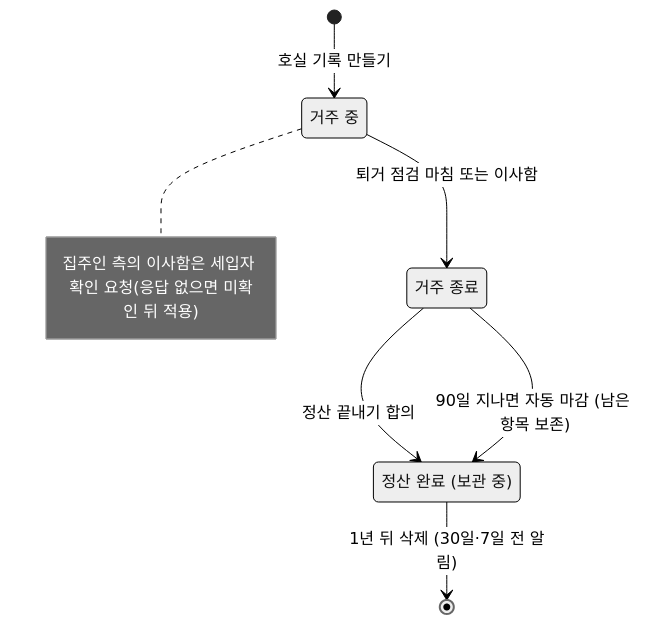
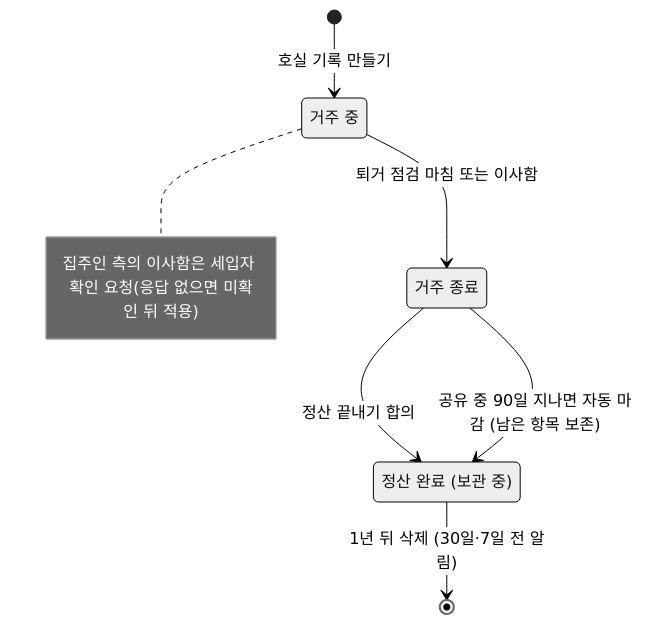
One commit to prgrms-be-devcourse/NBE12-14-final-homestamp changed the third of 14 diagrams in docs/rules/03-상태와-규칙.md. Above: the diagram before and after it, drawn with Mermaid (neutral theme). The commit also changed other lines of this file and 3 other files, not shown here.

````diff
--- a/docs/rules/03-상태와-규칙.md
+++ b/docs/rules/03-상태와-규칙.md
@@ -179,12 +179,12 @@
 ```mermaid
 stateDiagram-v2
     state "거주 중" as Living
     state "거주 종료" as Ended
     state "정산 완료 (보관 중)" as Settled
     [*] --> Living : 호실 기록 만들기
     Living --> Ended : 퇴거 점검 마침 또는 이사함
     Ended --> Settled : 정산 끝내기 합의
-    Ended --> Settled : 90일 지나면 자동 마감 (남은 항목 보존)
+    Ended --> Settled : 공유 중 90일 지나면 자동 마감 (남은 항목 보존)
     Settled --> [*] : 1년 뒤 삭제 (30일·7일 전 알림)
     note right of Living : 집주인 측의 이사함은 세입자 확인 요청(응답 없으면 미확인 뒤 적용)
 ```
````
